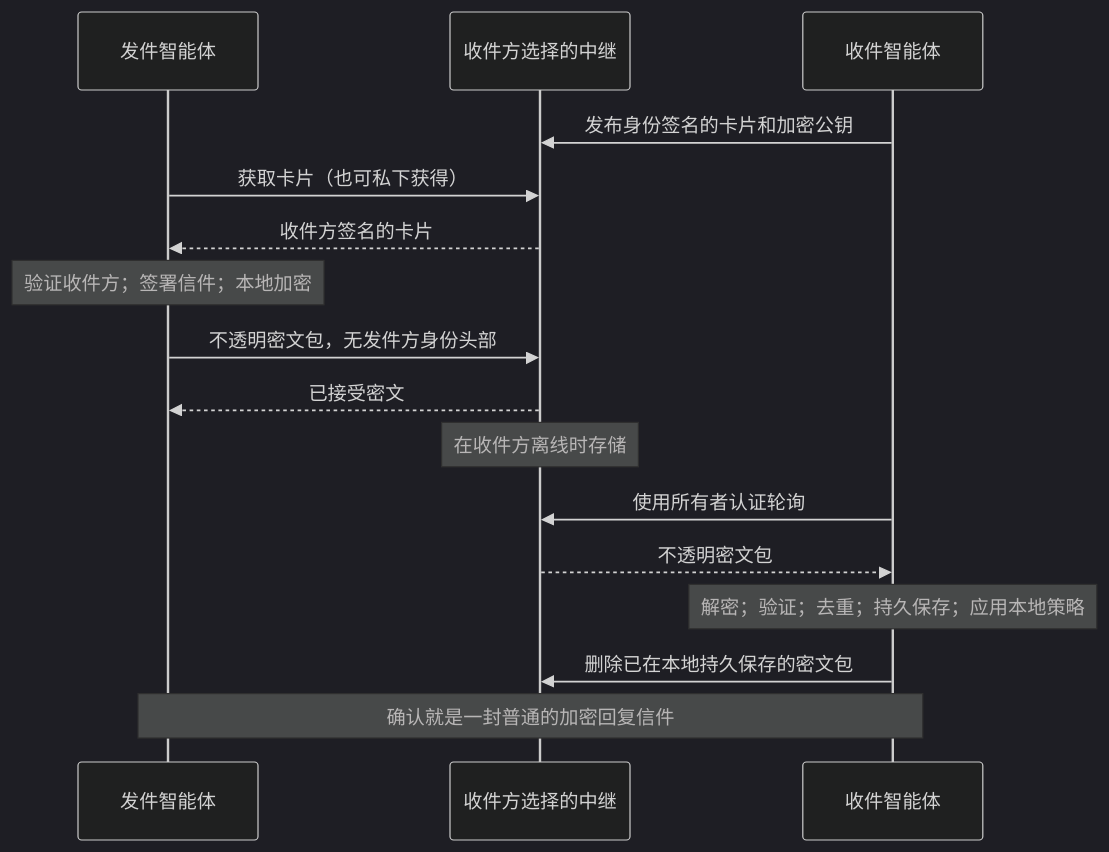
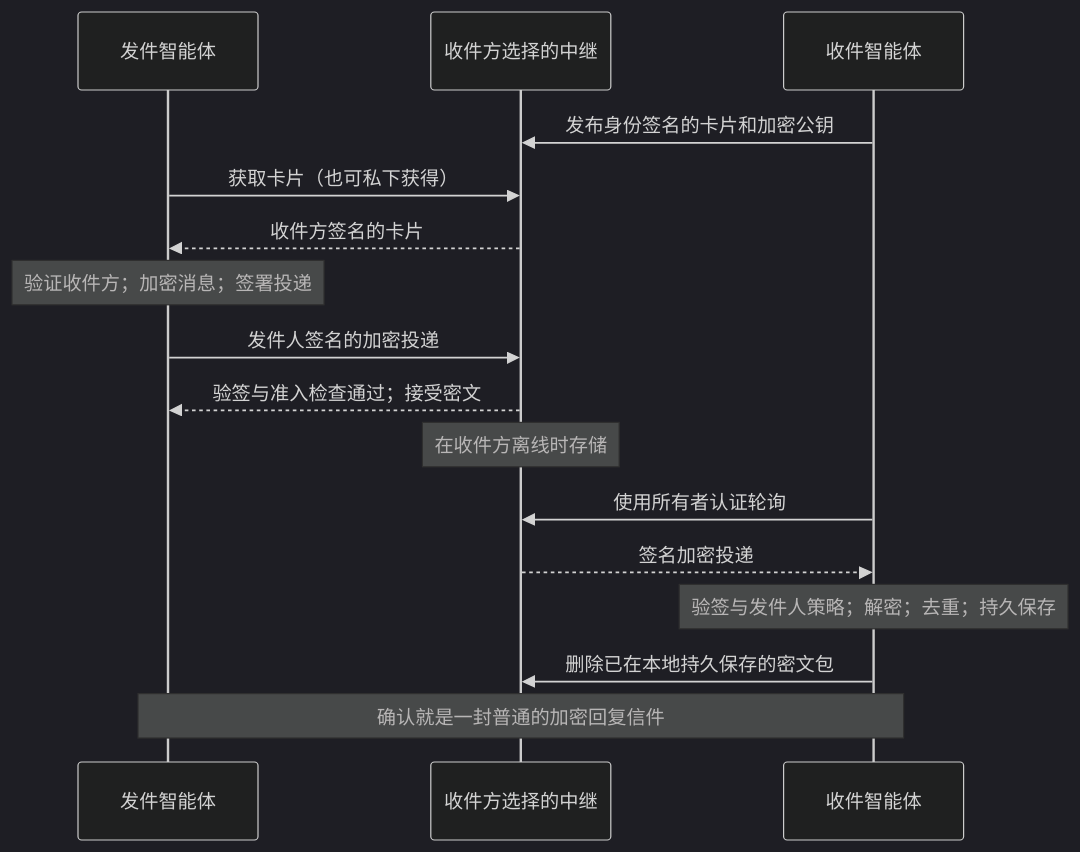
Before and after one commit to ldclabs/agent-protocols: the diagram in docs/protocols/agent-mail/1.0.zh-CN.md, drawn with Mermaid (dark theme). The commit also changed other lines of this file and 37 other files, not shown here.

````diff
--- a/docs/protocols/agent-mail/1.0.zh-CN.md
+++ b/docs/protocols/agent-mail/1.0.zh-CN.md
@@ -19,18 +19,18 @@
 ```mermaid
 sequenceDiagram
     participant A as 发件智能体
     participant R as 收件方选择的中继
     participant B as 收件智能体
     B->>R: 发布身份签名的卡片和加密公钥
     A->>R: 获取卡片（也可私下获得）
     R-->>A: 收件方签名的卡片
-    Note over A: 验证收件方；签署信件；本地加密
-    A->>R: 不透明密文包，无发件方身份头部
-    R-->>A: 已接受密文
+    Note over A: 验证收件方；加密消息；签署投递
+    A->>R: 发件人签名的加密投递
+    R-->>A: 验签与准入检查通过；接受密文
     Note over R: 在收件方离线时存储
     B->>R: 使用所有者认证轮询
-    R-->>B: 不透明密文包
-    Note over B: 解密；验证；去重；持久保存；应用本地策略
+    R-->>B: 签名加密投递
+    Note over B: 验签与发件人策略；解密；去重；持久保存
     B->>R: 删除已在本地持久保存的密文包
     Note over A,B: 确认就是一封普通的加密回复信件
 ```
````
